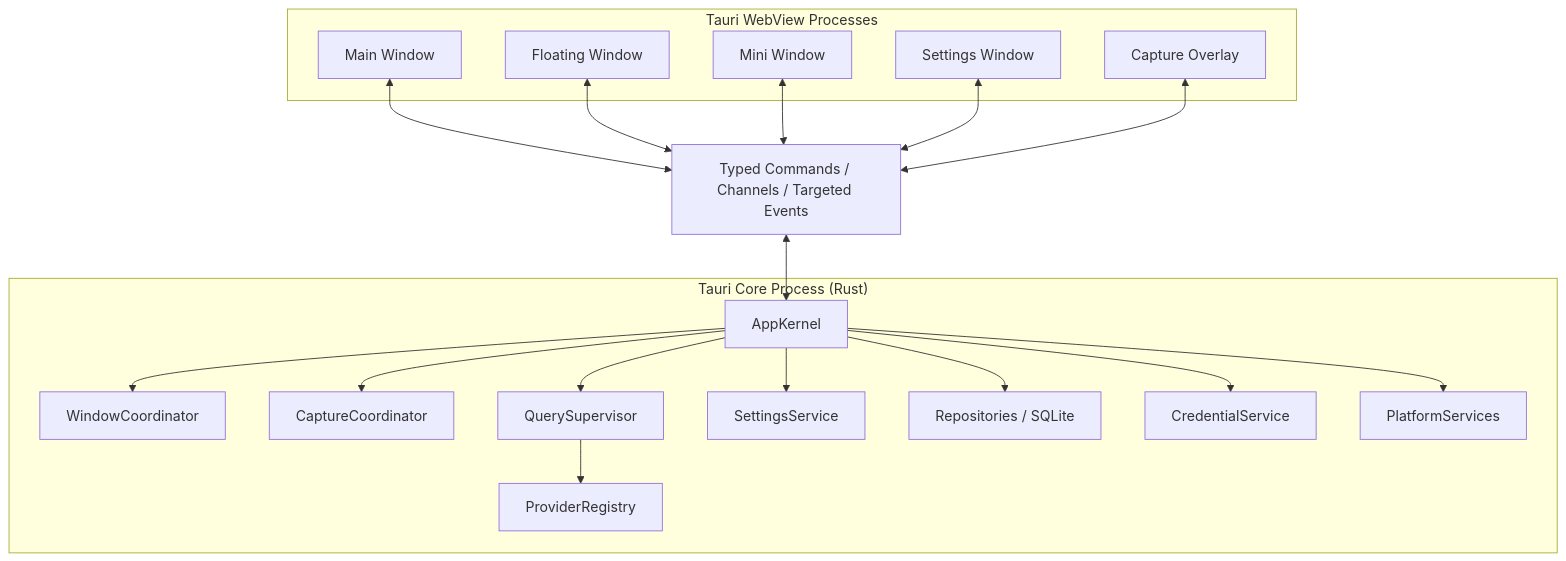
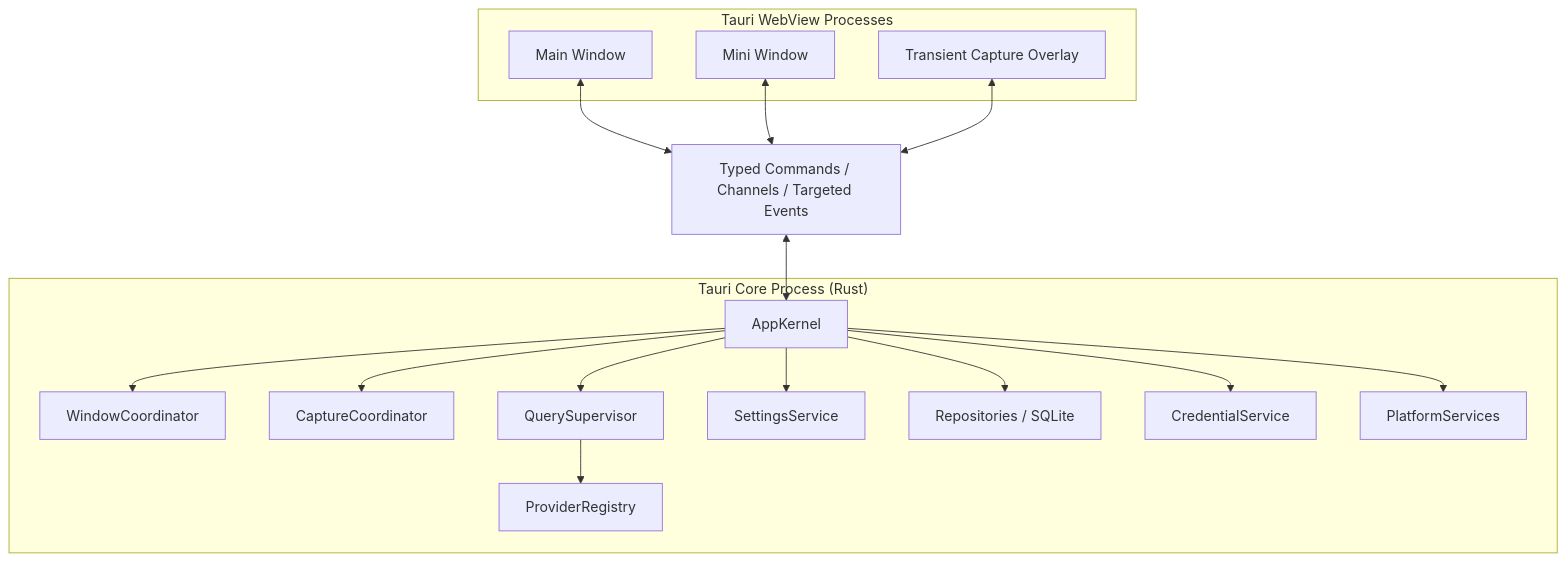
The second of 5 diagrams in docs/architecture/overall-architecture.md (NotionNest/Evolish), drawn with Mermaid before and after one commit. The commit also changed other lines of this file and 33 other files, not shown here.

````diff
--- a/docs/architecture/overall-architecture.md
+++ b/docs/architecture/overall-architecture.md
@@ -59,33 +61,31 @@
 ```mermaid
 flowchart TB
     subgraph WEBVIEWS["Tauri WebView Processes"]
         MAIN["Main Window"]
-        FLOAT["Floating Window"]
         MINI["Mini Window"]
-        SETTINGS["Settings Window"]
-        OVERLAY["Capture Overlay"]
+        OVERLAY["Transient Capture Overlay"]
     end
 
     subgraph CORE["Tauri Core Process (Rust)"]
         KERNEL["AppKernel"]
         WINDOW["WindowCoordinator"]
         CAPTURE["CaptureCoordinator"]
         QUERY["QuerySupervisor"]
         PROVIDER["ProviderRegistry"]
         CONFIG["SettingsService"]
         DATA["Repositories / SQLite"]
         SECRET["CredentialService"]
         PLATFORM["PlatformServices"]
     end
 
-    MAIN & FLOAT & MINI & SETTINGS & OVERLAY <--> IPC["Typed Commands / Channels / Targeted Events"]
+    MAIN & MINI & OVERLAY <--> IPC["Typed Commands / Channels / Targeted Events"]
     IPC <--> KERNEL
     KERNEL --> WINDOW
     KERNEL --> CAPTURE
     KERNEL --> QUERY
     KERNEL --> CONFIG
     QUERY --> PROVIDER
     KERNEL --> DATA
     KERNEL --> SECRET
     KERNEL --> PLATFORM
 ```
````
